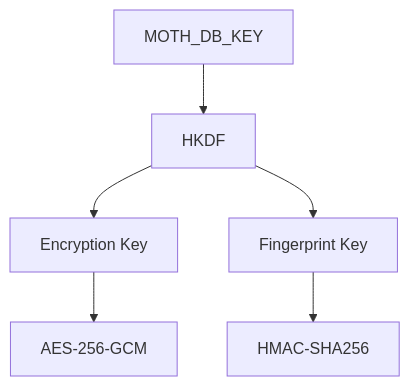
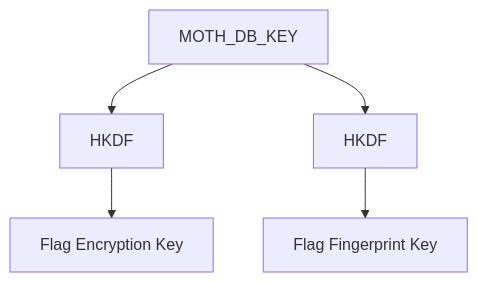
One commit to Denis-Krueger-labs/MOTH changed the sixth of 12 diagrams in README.md. Above: the diagram before and after it, drawn with Mermaid. The commit also changed other lines of this file and 2 other files, not shown here.

Commit message:
mof documented the nest and wired the flag path

````diff
--- a/README.md
+++ b/README.md
@@ -215,10 +286,10 @@
 ```mermaid
-flowchart TD
-    M[MOTH_DB_KEY] --> H[HKDF]
+flowchart TB
+    MASTER[MOTH_DB_KEY]
 
-    H --> E[Encryption Key]
-    H --> F[Fingerprint Key]
+    MASTER --> A[HKDF]
+    MASTER --> B[HKDF]
 
-    E --> A[AES-256-GCM]
-    F --> S[HMAC-SHA256]
+    A --> ENC[Flag Encryption Key]
+    B --> FP[Flag Fingerprint Key]
 ```
````
